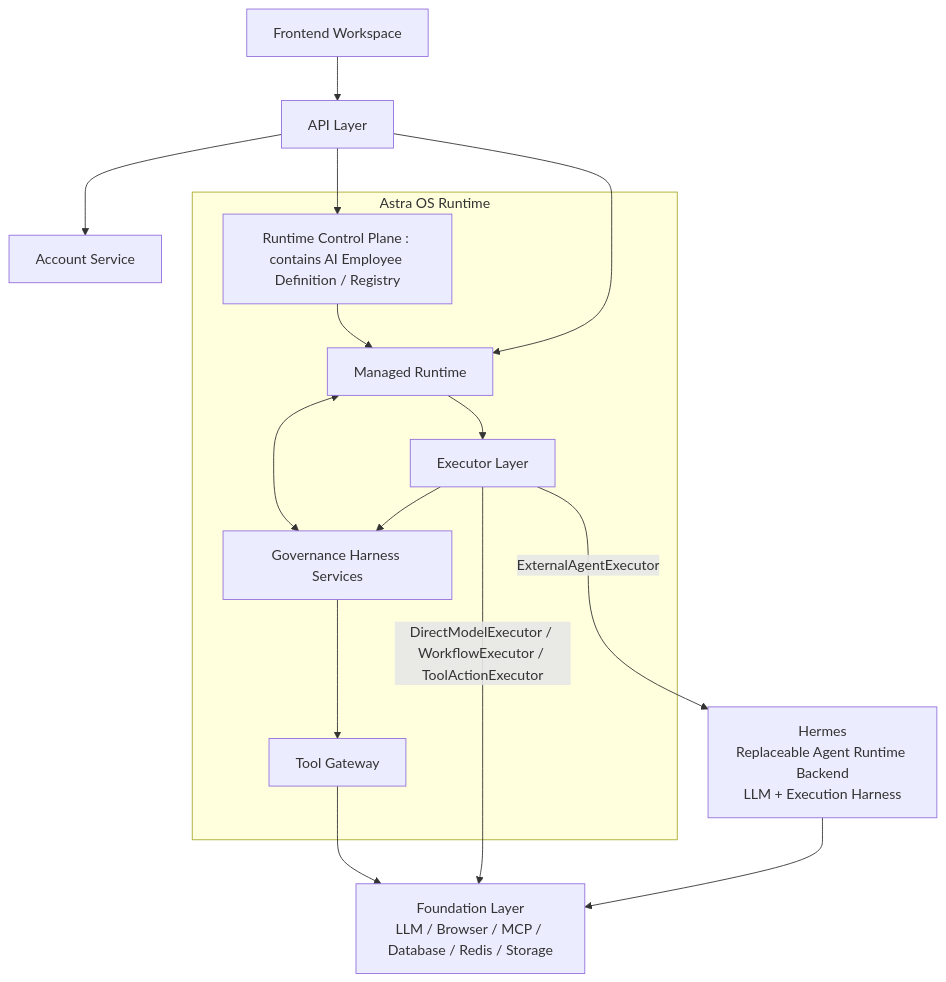
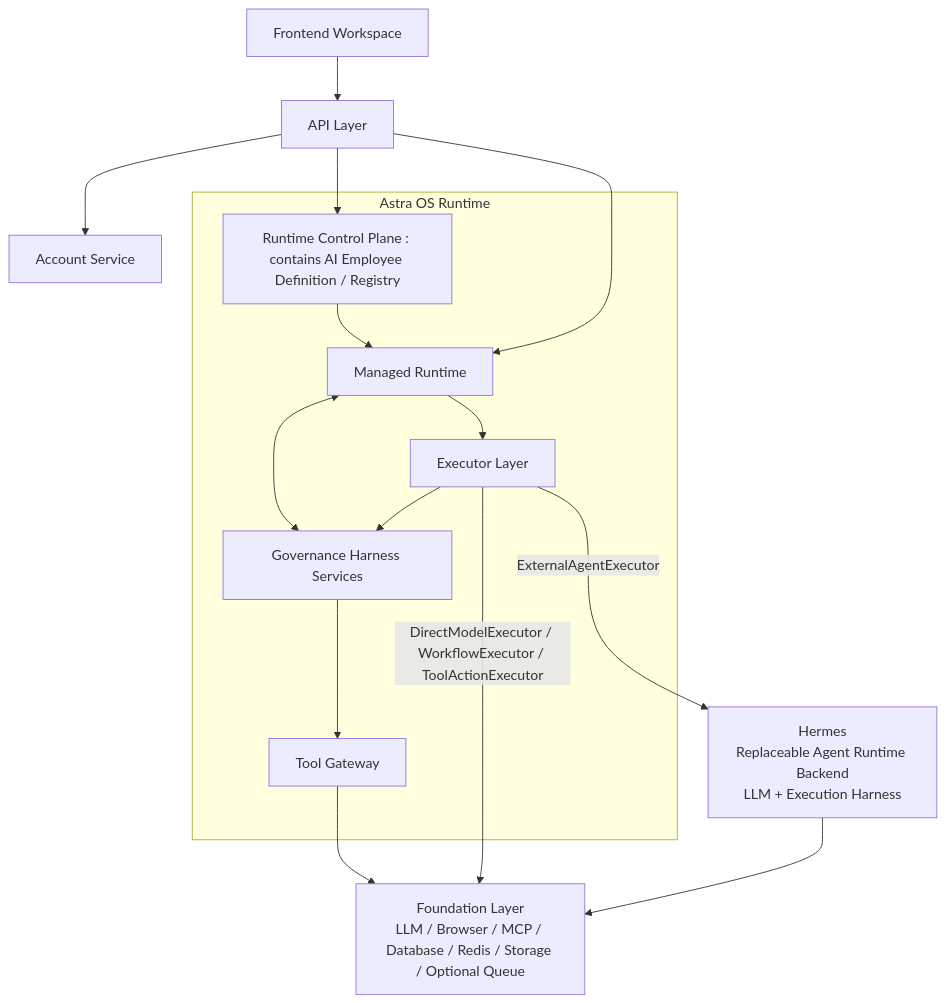
The diagram in docs/Chinese/mvp/ARCHITECTURE_BASELINE.md (suberking0212/Astra-OS), drawn with Mermaid before and after one commit. The commit also changed other lines of this file and 13 other files, not shown here.

````diff
--- a/docs/Chinese/mvp/ARCHITECTURE_BASELINE.md
+++ b/docs/Chinese/mvp/ARCHITECTURE_BASELINE.md
@@ -29,35 +46,35 @@
 ```mermaid
 flowchart TB
 
     FE[Frontend Workspace]
     API[API Layer]
     ACCOUNT[Account Service]
 
     subgraph ASTRA["Astra OS Runtime"]
         CP[Runtime Control Plane : contains AI Employee Definition / Registry]
         GH[Governance Harness Services]
         MR[Managed Runtime]
         EX[Executor Layer]
         TG[Tool Gateway]
 
         CP --> MR
         MR <--> GH
         MR --> EX
         EX --> GH
         GH --> TG
     end
 
     HERMES[Hermes<br/>Replaceable Agent Runtime Backend<br/>LLM + Execution Harness]
 
-    FOUNDATION[Foundation Layer<br/>LLM / Browser / MCP / Database / Redis / Storage]
+    FOUNDATION[Foundation Layer<br/>LLM / Browser / MCP / Database / Redis / Storage / Optional Queue]
 
     FE --> API
     API --> ACCOUNT
     API --> CP
     API --> MR
 
     EX -->|DirectModelExecutor / WorkflowExecutor / ToolActionExecutor| FOUNDATION
     EX -->|ExternalAgentExecutor| HERMES
     TG --> FOUNDATION
     HERMES --> FOUNDATION
 ```
````
